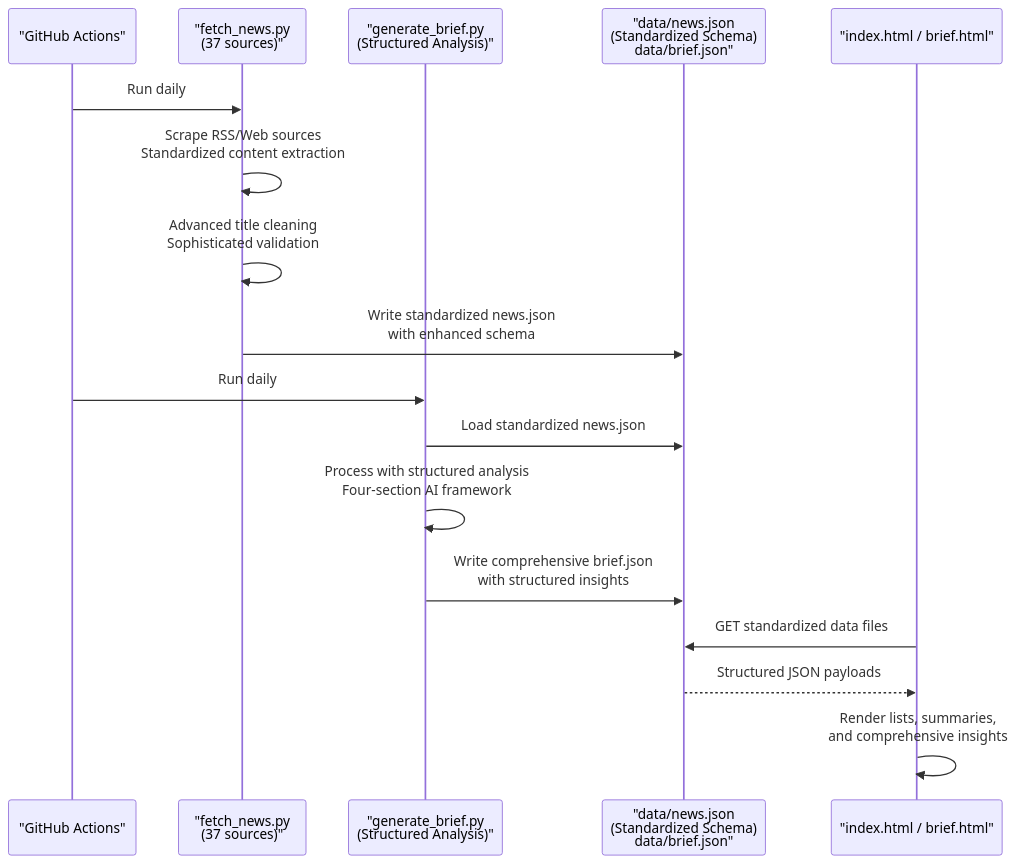
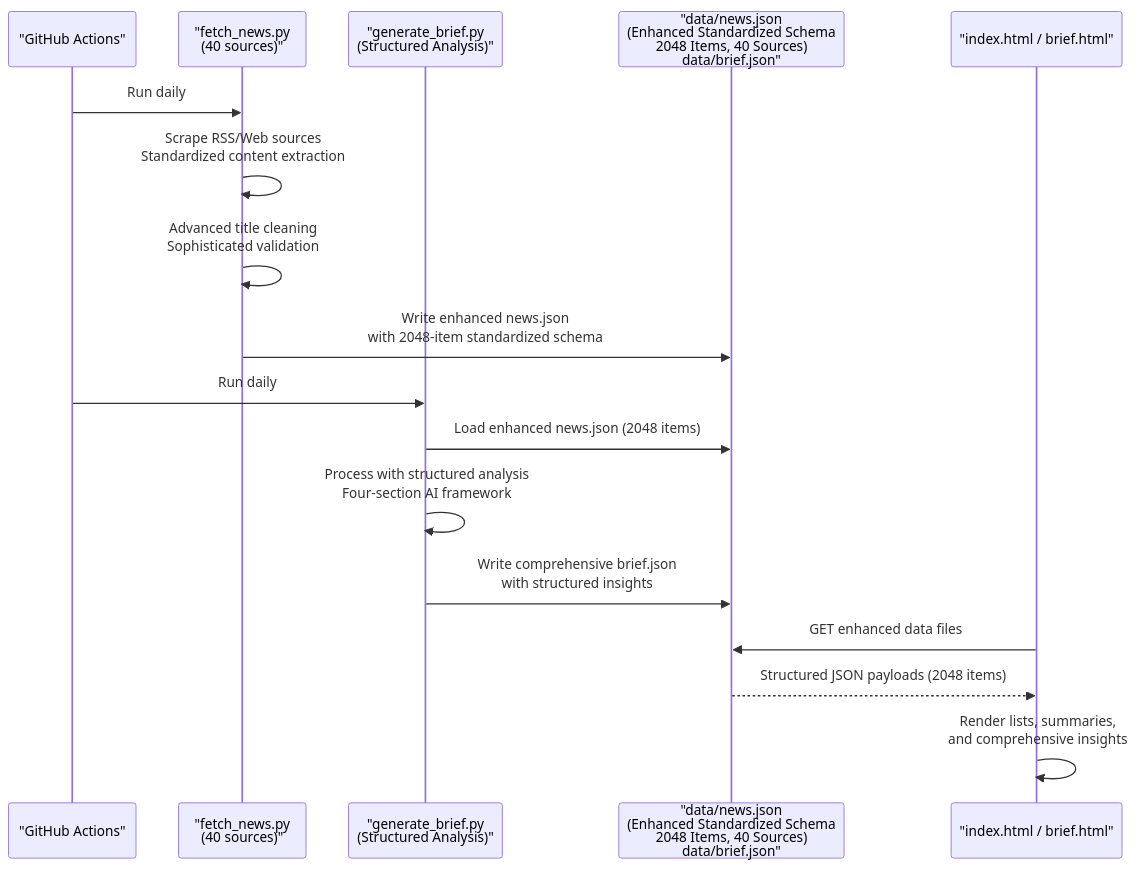
Before and after one commit to junxie01/daily_news: the second of 4 diagrams in .qoder/repowiki/en/content/Data Management.md, drawn with Mermaid. The commit also changed other lines of this file and 3 other files, not shown here.

````diff
--- a/.qoder/repowiki/en/content/Data Management.md
+++ b/.qoder/repowiki/en/content/Data Management.md
@@ -105,19 +106,19 @@
 ```mermaid
 sequenceDiagram
 participant Scheduler as "GitHub Actions"
-participant Fetcher as "fetch_news.py<br/>(37 sources)"
+participant Fetcher as "fetch_news.py<br/>(40 sources)"
 participant AIGenerator as "generate_brief.py<br/>(Structured Analysis)"
-participant Storage as "data/news.json<br/>(Standardized Schema)<br/>data/brief.json"
+participant Storage as "data/news.json<br/>(Enhanced Standardized Schema<br/>2048 Items, 40 Sources)<br/>data/brief.json"
 participant Browser as "index.html / brief.html"
 Scheduler->>Fetcher : Run daily
 Fetcher->>Fetcher : Scrape RSS/Web sources<br/>Standardized content extraction
 Fetcher->>Fetcher : Advanced title cleaning<br/>Sophisticated validation
-Fetcher->>Storage : Write standardized news.json<br/>with enhanced schema
+Fetcher->>Storage : Write enhanced news.json<br/>with 2048-item standardized schema
 Scheduler->>AIGenerator : Run daily
-AIGenerator->>Storage : Load standardized news.json
+AIGenerator->>Storage : Load enhanced news.json (2048 items)
 AIGenerator->>AIGenerator : Process with structured analysis<br/>Four-section AI framework
 AIGenerator->>Storage : Write comprehensive brief.json<br/>with structured insights
-Browser->>Storage : GET standardized data files
-Storage-->>Browser : Structured JSON payloads
+Browser->>Storage : GET enhanced data files
+Storage-->>Browser : Structured JSON payloads (2048 items)
 Browser->>Browser : Render lists, summaries,<br/>and comprehensive insights
 ```
````
